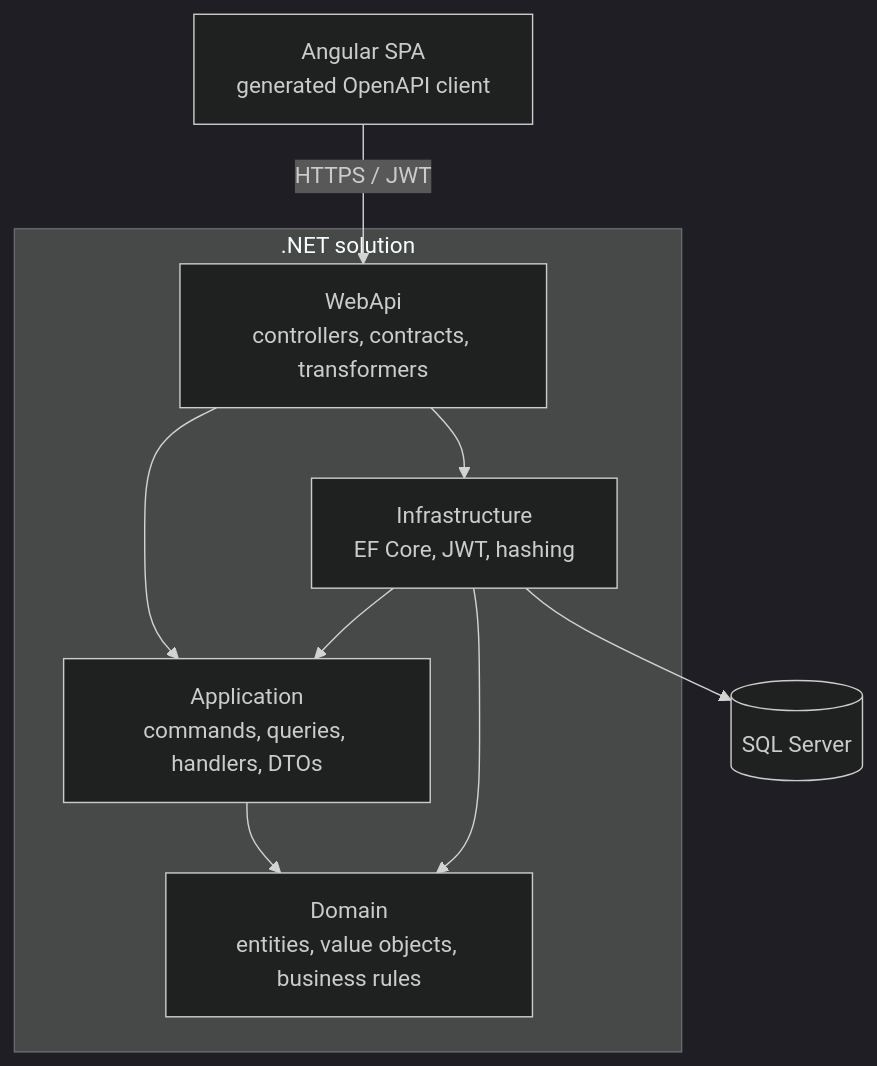
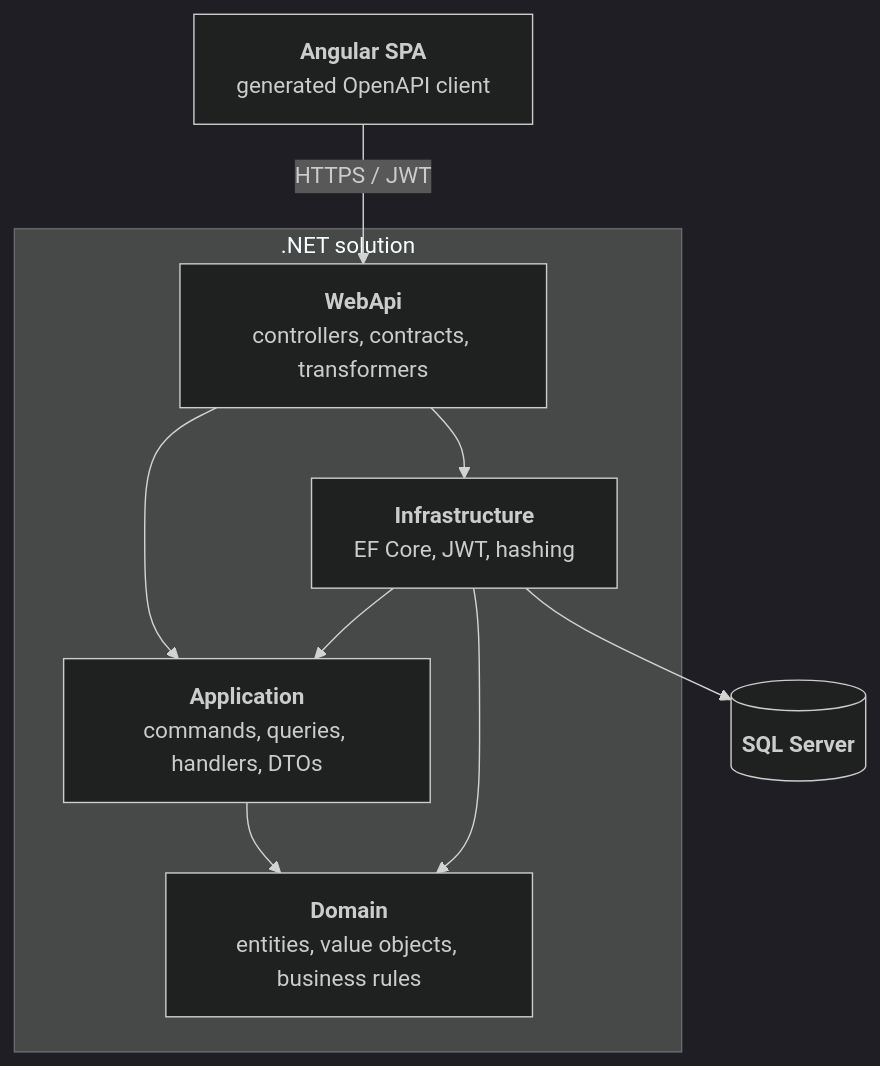
The diagram in README.md (muszkab/TicketBookingPlatform), drawn with Mermaid (dark theme) before and after one commit. The commit also changed other lines of this file, not shown here.

````diff
--- a/README.md
+++ b/README.md
@@ -41,19 +42,19 @@
 ```mermaid
 flowchart TD
-    UI[Angular SPA<br/>generated OpenAPI client] -->|HTTPS / JWT| API
+    UI[<b>Angular SPA</b><br/>generated OpenAPI client] -->|HTTPS / JWT| API
 
     subgraph Backend[".NET solution"]
-        API[WebApi<br/>controllers, contracts, transformers]
-        APP[Application<br/>commands, queries, handlers, DTOs]
-        DOM[Domain<br/>entities, value objects, business rules]
-        INF[Infrastructure<br/>EF Core, JWT, hashing]
+        API[<b>WebApi</b><br/>controllers, contracts, transformers]
+        APP[<b>Application</b><br/>commands, queries, handlers, DTOs]
+        DOM[<b>Domain</b><br/>entities, value objects, business rules]
+        INF[<b>Infrastructure</b><br/>EF Core, JWT, hashing]
 
         API --> APP
         API --> INF
         APP --> DOM
         INF --> APP
         INF --> DOM
     end
 
-    INF --> DB[(SQL Server)]
+    INF --> DB[(<b>SQL Server</b>)]
 ```
````
